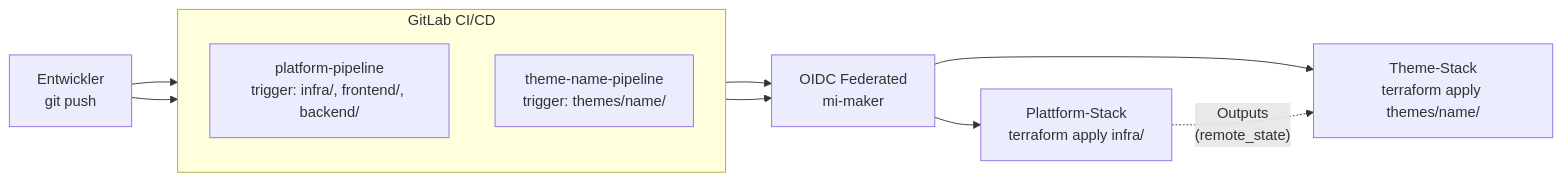
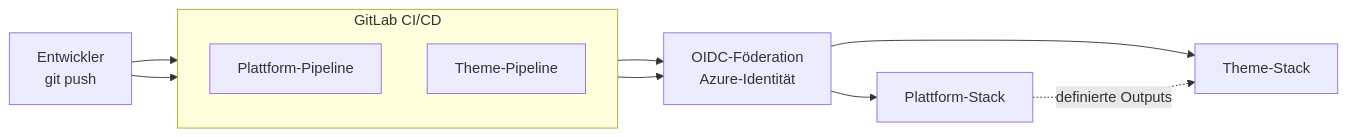
Before and after one commit to marlonburri03/cloud-escape-lab: the third of 3 diagrams in README.md, drawn with Mermaid. The commit also changed other lines of this file and 4 other files, not shown here.

````diff
--- a/README.md
+++ b/README.md
@@ -414,26 +423,23 @@
 ```mermaid
 flowchart LR
   DEV[Entwickler<br/>git push]
 
   subgraph GL[GitLab CI/CD]
     direction TB
-    PPIPE[platform-pipeline<br/>trigger: infra/, frontend/, backend/]
-    TPIPE[theme-name-pipeline<br/>trigger: themes/name/]
+    PPIPE[Plattform-Pipeline]
+    TPIPE[Theme-Pipeline]
   end
 
-  OIDC[OIDC Federated<br/>mi-maker]
+  OIDC[OIDC-Föderation<br/>Azure-Identität]
 
-  PSTACK[Plattform-Stack<br/>terraform apply infra/]
-  TSTACK[Theme-Stack<br/>terraform apply themes/name/]
+  PSTACK[Plattform-Stack]
+  TSTACK[Theme-Stack]
 
   DEV --> PPIPE
   DEV --> TPIPE
-
   PPIPE --> OIDC
   TPIPE --> OIDC
-
   OIDC --> PSTACK
   OIDC --> TSTACK
-
-  PSTACK -. Outputs<br/>(remote_state) .-> TSTACK
+  PSTACK -. definierte Outputs .-> TSTACK
 ```
````
